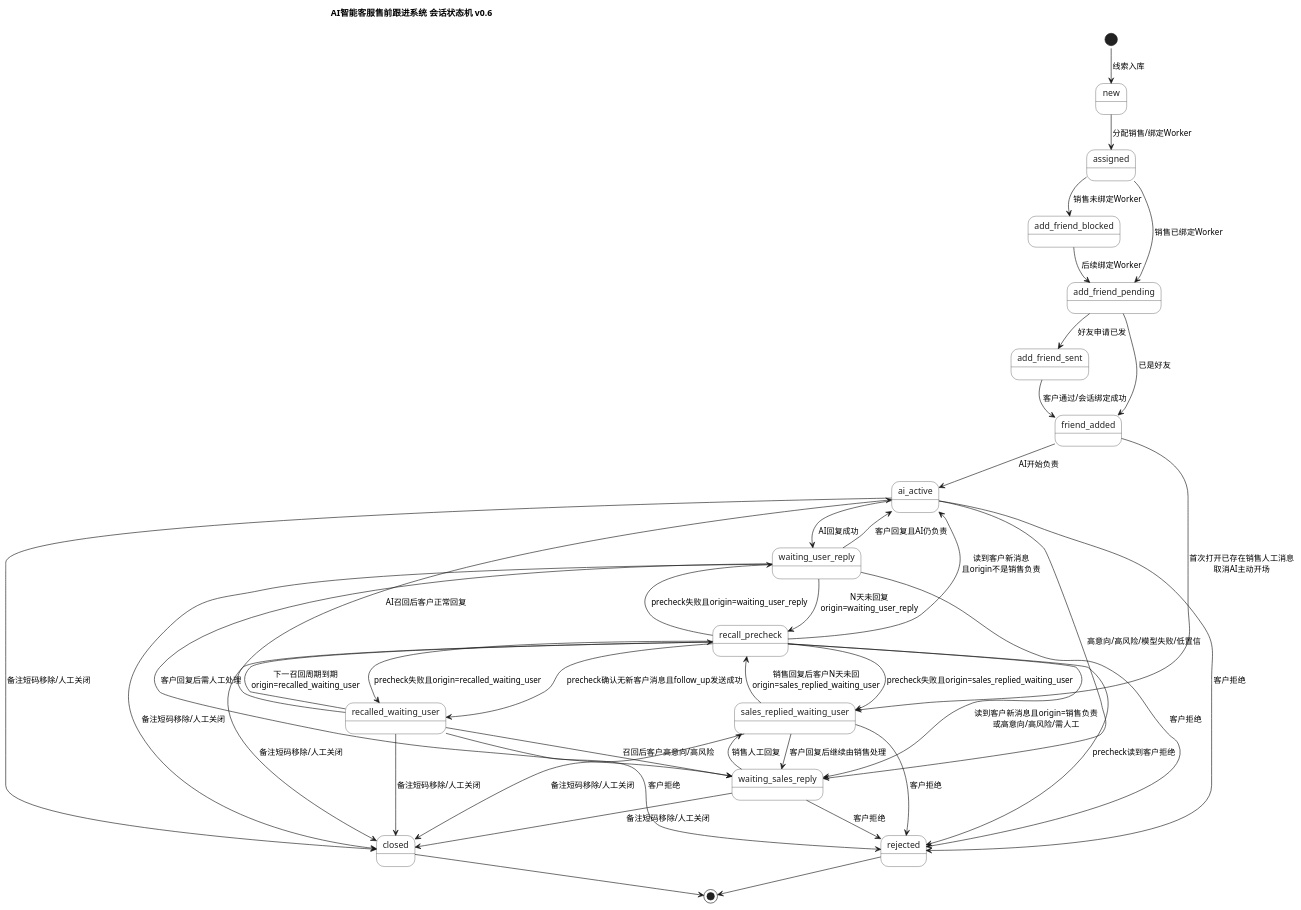
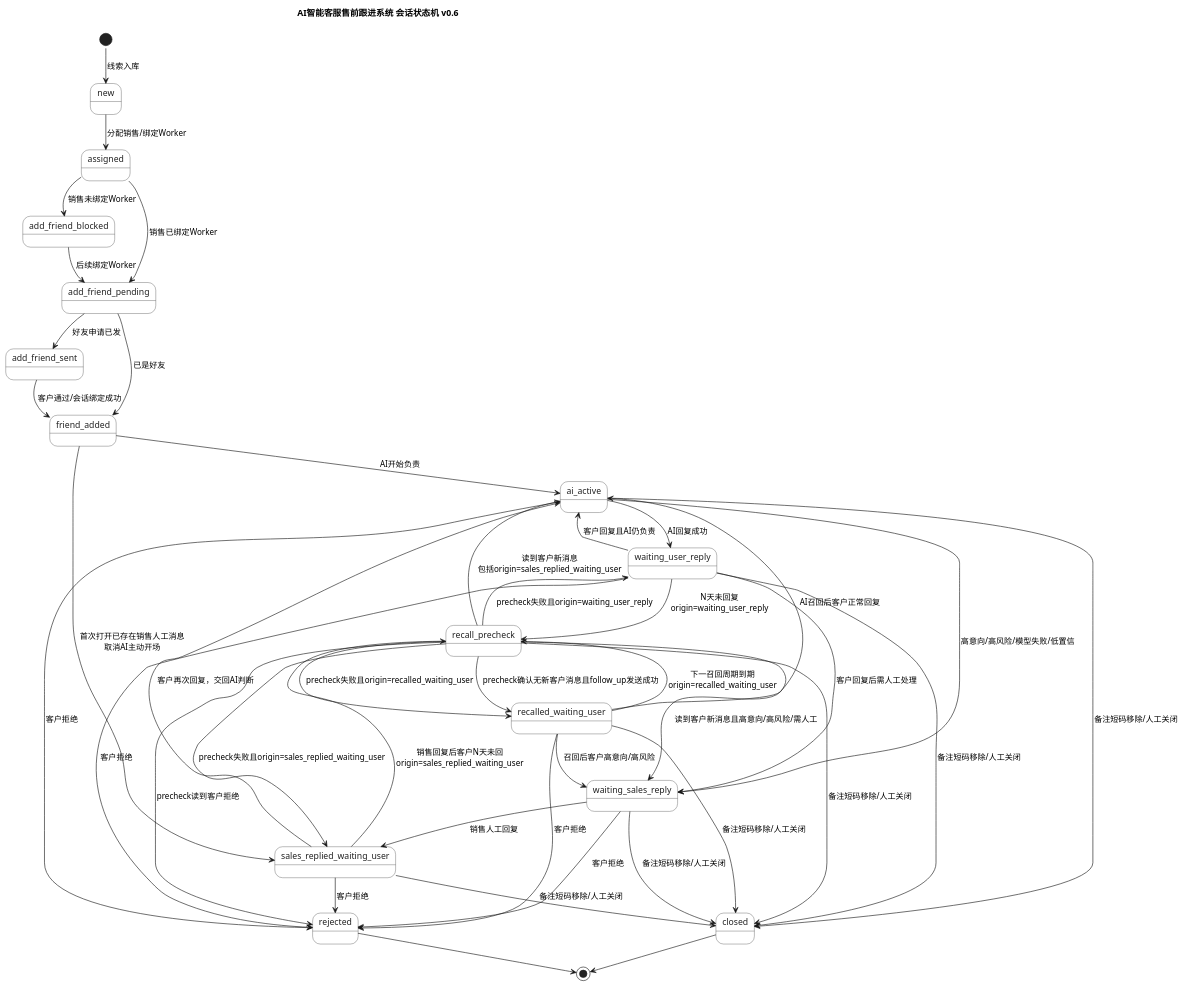
One commit to edwardzhang0304/chejin-ai-sales changed the diagram in deliverables/AI智能客服售前跟进系统_会话状态机图_v0.6.puml. Above: the diagram before and after it, drawn with PlantUML. The commit also changed 10 other files, not shown here.

Commit message:
docs(architecture): freeze OmniAuto C2-C3 interface contract

```diff
--- a/deliverables/AI智能客服售前跟进系统_会话状态机图_v0.6.puml
+++ b/deliverables/AI智能客服售前跟进系统_会话状态机图_v0.6.puml
@@ -1,60 +1,60 @@
 @startuml
 title AI智能客服售前跟进系统 会话状态机 v0.6
 !pragma layout smetana
 
 skinparam monochrome true
 skinparam shadowing false
 skinparam state {
   BorderColor #222222
   BackgroundColor #FFFFFF
   FontColor #222222
 }
 
 [*] --> new : 线索入库
 new --> assigned : 分配销售/绑定Worker
 assigned --> add_friend_blocked : 销售未绑定Worker
 add_friend_blocked --> add_friend_pending : 后续绑定Worker
 assigned --> add_friend_pending : 销售已绑定Worker
 add_friend_pending --> add_friend_sent : 好友申请已发
 add_friend_pending --> friend_added : 已是好友
 add_friend_sent --> friend_added : 客户通过/会话绑定成功
 friend_added --> ai_active : AI开始负责
 friend_added --> sales_replied_waiting_user : 首次打开已存在销售人工消息\n取消AI主动开场
 
 ai_active --> waiting_user_reply : AI回复成功
 waiting_user_reply --> ai_active : 客户回复且AI仍负责
 recalled_waiting_user --> ai_active : AI召回后客户正常回复
 
 waiting_user_reply --> recall_precheck : N天未回复\norigin=waiting_user_reply
 recalled_waiting_user --> recall_precheck : 下一召回周期到期\norigin=recalled_waiting_user
 sales_replied_waiting_user --> recall_precheck : 销售回复后客户N天未回\norigin=sales_replied_waiting_user
-recall_precheck --> ai_active : 读到客户新消息\n且origin不是销售负责
-recall_precheck --> waiting_sales_reply : 读到客户新消息且origin=销售负责\n或高意向/高风险/需人工
+recall_precheck --> ai_active : 读到客户新消息\n包括origin=sales_replied_waiting_user
+recall_precheck --> waiting_sales_reply : 读到客户新消息且高意向/高风险/需人工
 recall_precheck --> recalled_waiting_user : precheck确认无新客户消息且follow_up发送成功
 recall_precheck --> waiting_user_reply : precheck失败且origin=waiting_user_reply
 recall_precheck --> recalled_waiting_user : precheck失败且origin=recalled_waiting_user
 recall_precheck --> sales_replied_waiting_user : precheck失败且origin=sales_replied_waiting_user
 
 ai_active --> waiting_sales_reply : 高意向/高风险/模型失败/低置信
 waiting_user_reply --> waiting_sales_reply : 客户回复后需人工处理
 recalled_waiting_user --> waiting_sales_reply : 召回后客户高意向/高风险
 waiting_sales_reply --> sales_replied_waiting_user : 销售人工回复
-sales_replied_waiting_user --> waiting_sales_reply : 客户回复后继续由销售处理
+sales_replied_waiting_user --> ai_active : 客户再次回复，交回AI判断
 
 ai_active --> rejected : 客户拒绝
 waiting_user_reply --> rejected : 客户拒绝
 recalled_waiting_user --> rejected : 客户拒绝
 waiting_sales_reply --> rejected : 客户拒绝
 sales_replied_waiting_user --> rejected : 客户拒绝
 recall_precheck --> rejected : precheck读到客户拒绝
 
 ai_active --> closed : 备注短码移除/人工关闭
 waiting_user_reply --> closed : 备注短码移除/人工关闭
 recalled_waiting_user --> closed : 备注短码移除/人工关闭
 waiting_sales_reply --> closed : 备注短码移除/人工关闭
 sales_replied_waiting_user --> closed : 备注短码移除/人工关闭
 recall_precheck --> closed : 备注短码移除/人工关闭
 
 rejected --> [*]
 closed --> [*]
 @enduml
```
